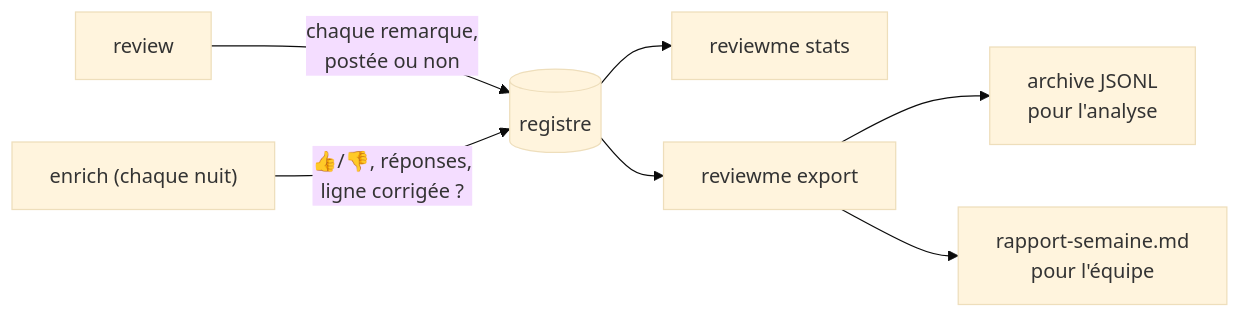
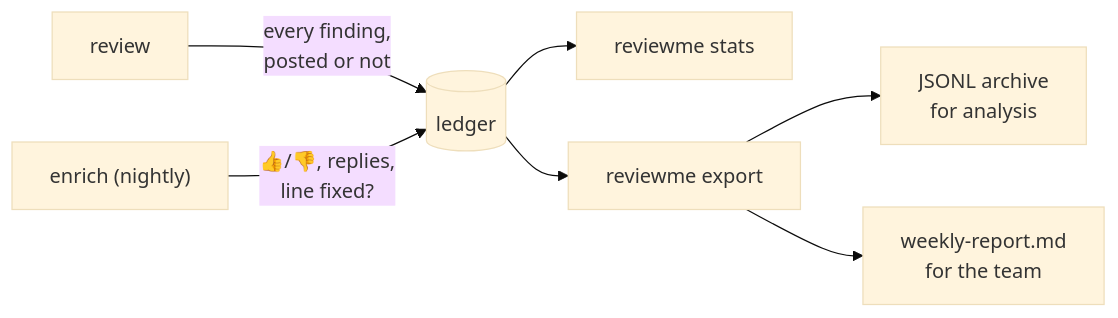
The third of 3 diagrams in README.md (AccorECOM/reviewme), drawn with Mermaid (base theme) before and after one commit. The commit also changed other lines of this file and 47 other files, not shown here.

````diff
--- a/README.md
+++ b/README.md
@@ -218,9 +220,9 @@
 ```mermaid
 flowchart LR
-    R[review] -->|chaque remarque,<br/>postée ou non| L[(registre)]
-    N["enrich (chaque nuit)"] -->|"👍/👎, réponses,<br/>ligne corrigée ?"| L
+    R[review] -->|every finding,<br/>posted or not| L[(ledger)]
+    N["enrich (nightly)"] -->|"👍/👎, replies,<br/>line fixed?"| L
     L --> S[reviewme stats]
     L --> X["reviewme export"]
-    X --> A[archive JSONL<br/>pour l'analyse]
-    X --> W[rapport-semaine.md<br/>pour l'équipe]
+    X --> A[JSONL archive<br/>for analysis]
+    X --> W[weekly-report.md<br/>for the team]
 ```
````
